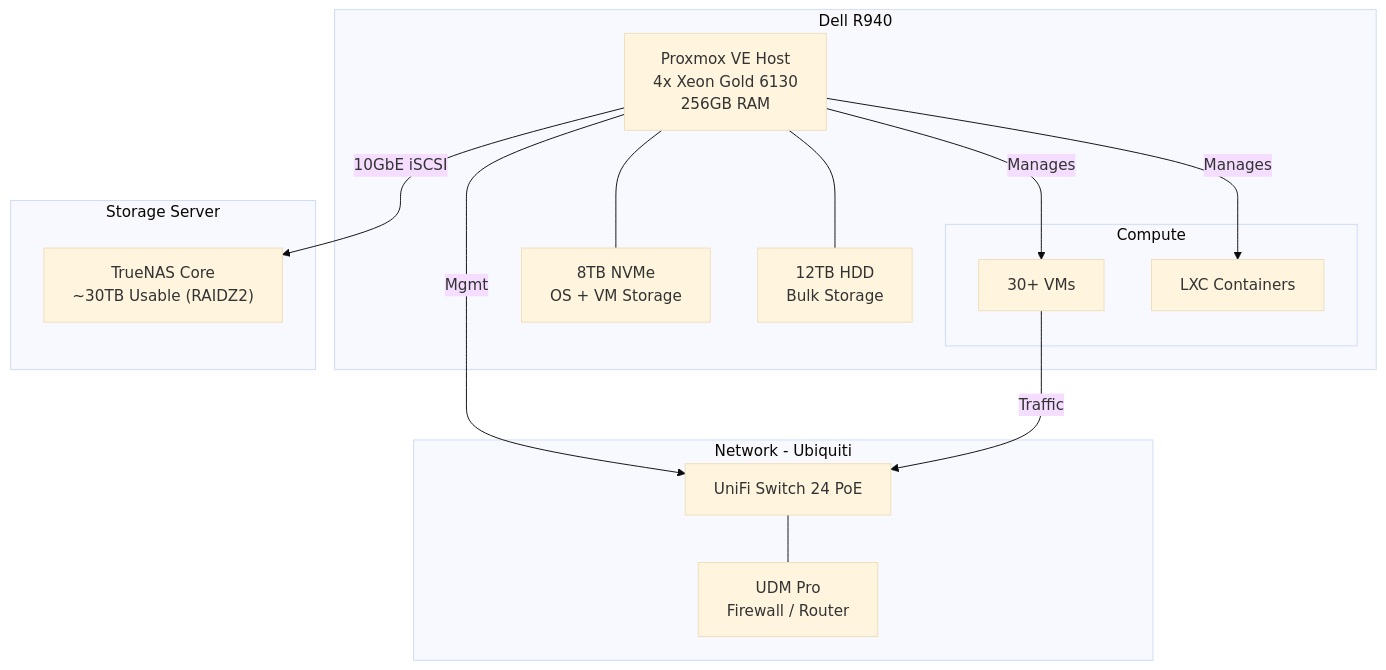
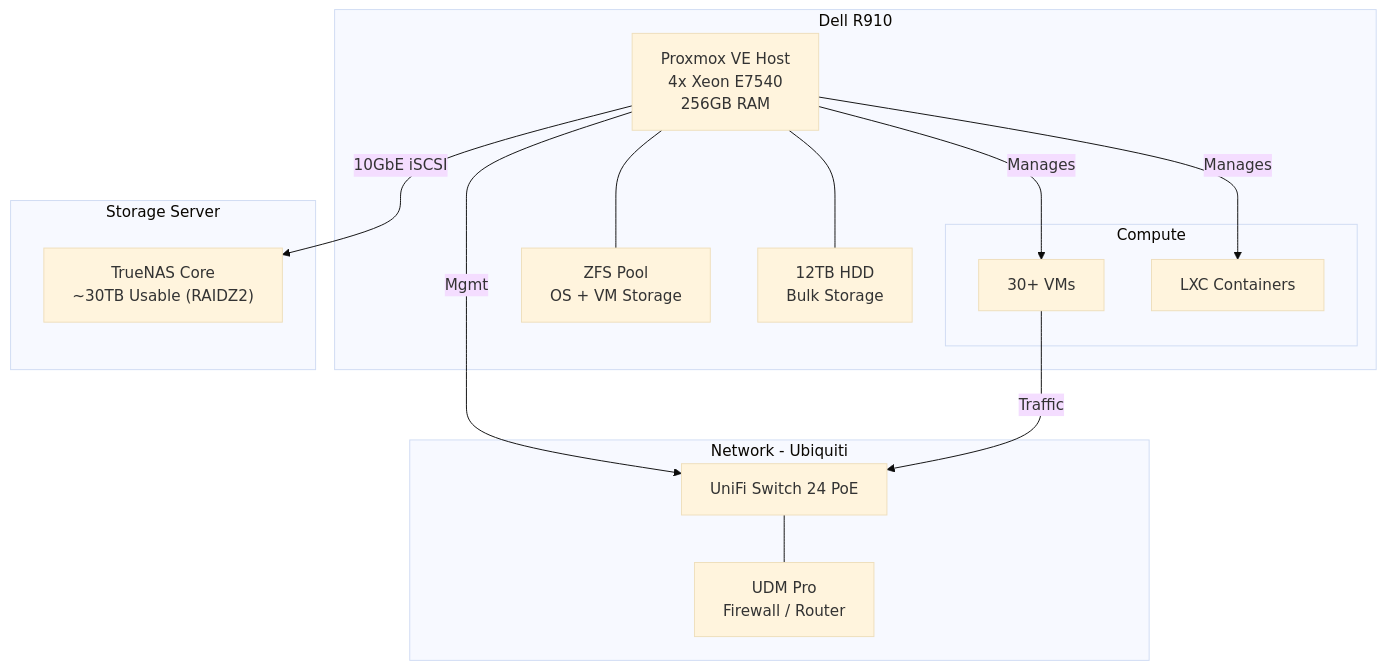
The first of 4 diagrams in src/posts/2025-12-24-private-cloud-homelab-proxmox-security.md (williamzujkowski/williamzujkowski.github.io), drawn with Mermaid (base theme) before and after one commit. The commit also changed other lines of this file and 18 other files, not shown here.

````diff
--- a/src/posts/2025-12-24-private-cloud-homelab-proxmox-security.md
+++ b/src/posts/2025-12-24-private-cloud-homelab-proxmox-security.md
@@ -38,30 +37,30 @@
 ```mermaid
 graph TB
-    subgraph "Dell R940"
-        PVE["Proxmox VE Host<br/>4x Xeon Gold 6130<br/>256GB RAM"]
+    subgraph "Dell R910"
+        PVE["Proxmox VE Host<br/>4x Xeon E7540<br/>256GB RAM"]
         subgraph "Compute"
             VMs["30+ VMs"]
             LXC["LXC Containers"]
         end
-        NVMe["8TB NVMe<br/>OS + VM Storage"]
+        NVMe["ZFS Pool<br/>OS + VM Storage"]
         HDD["12TB HDD<br/>Bulk Storage"]
     end
 
     subgraph "Network - Ubiquiti"
         UDM["UDM Pro<br/>Firewall / Router"]
         USW["UniFi Switch 24 PoE"]
     end
 
     subgraph "Storage Server"
         TN["TrueNAS Core<br/>~30TB Usable (RAIDZ2)"]
     end
 
     PVE -->|"Manages"| VMs
     PVE -->|"Manages"| LXC
     PVE --- NVMe
     PVE --- HDD
     PVE -->|"10GbE iSCSI"| TN
     PVE -->|"Mgmt"| USW
     USW --- UDM
     VMs -->|"Traffic"| USW
 ```
````
